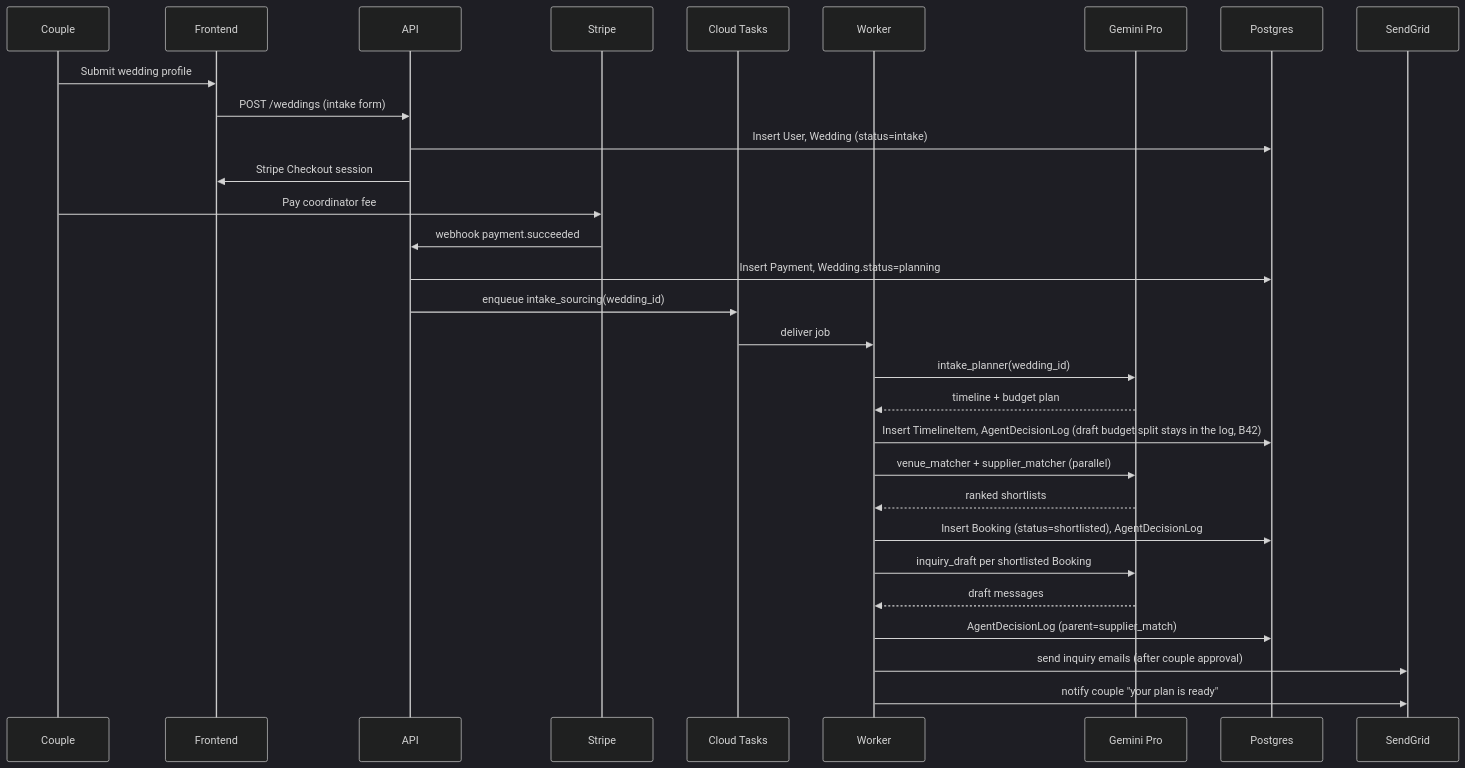
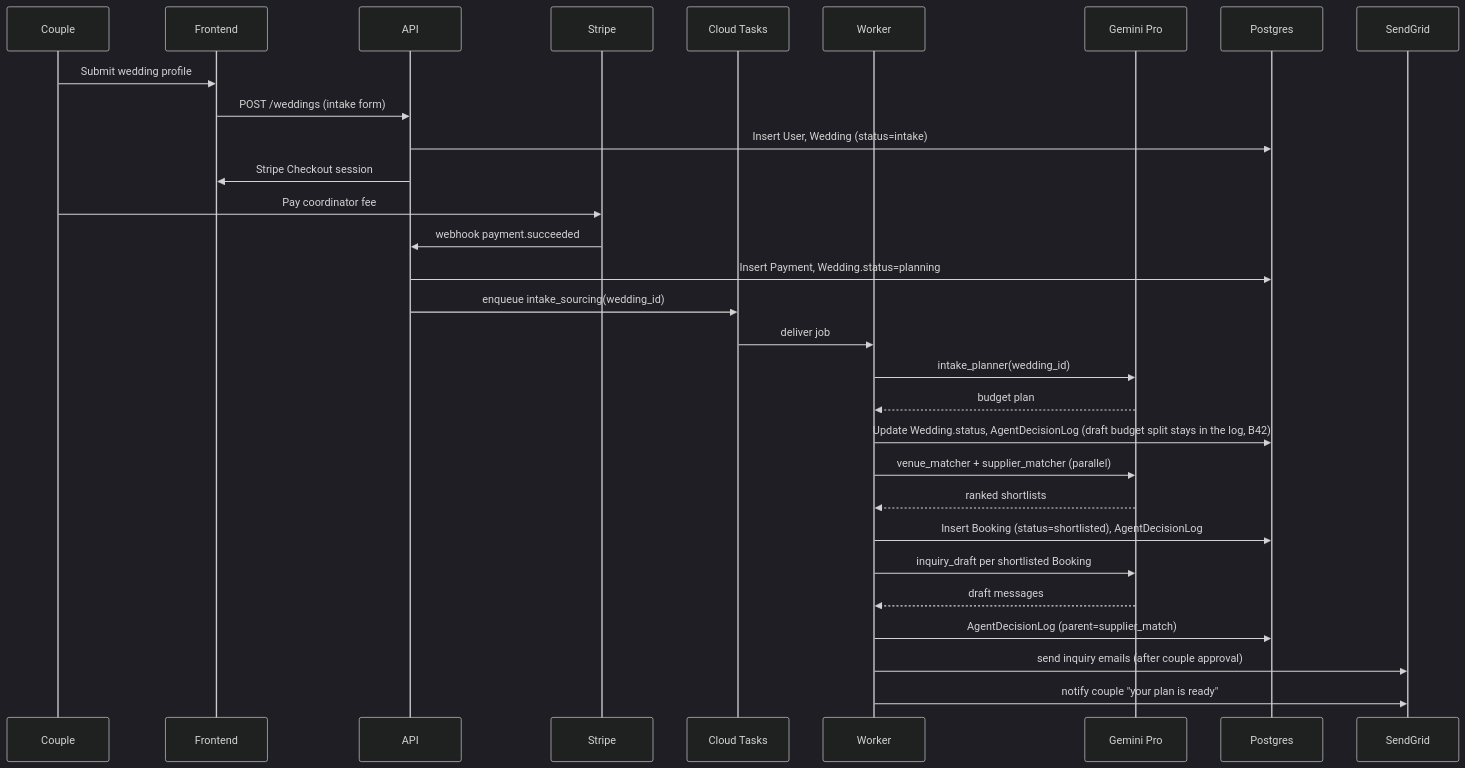
One commit to abbieburton4-ux/AI-Wedding-Coordinator- changed the second of 4 diagrams in docs/architecture.md. Above: the diagram before and after it, drawn with Mermaid (dark theme). The commit also changed other lines of this file and 27 other files, not shown here.

````diff
--- a/docs/architecture.md
+++ b/docs/architecture.md
@@ -162,33 +162,33 @@
 ```mermaid
 sequenceDiagram
   participant C as Couple
   participant FE as Frontend
   participant API
   participant Stripe
   participant Q as Cloud Tasks
   participant W as Worker
   participant Gem as Gemini Pro
   participant PG as Postgres
   participant SG as SendGrid
 
   C->>FE: Submit wedding profile
   FE->>API: POST /weddings (intake form)
   API->>PG: Insert User, Wedding (status=intake)
   API->>FE: Stripe Checkout session
   C->>Stripe: Pay coordinator fee
   Stripe->>API: webhook payment.succeeded
   API->>PG: Insert Payment, Wedding.status=planning
   API->>Q: enqueue intake_sourcing(wedding_id)
   Q->>W: deliver job
   W->>Gem: intake_planner(wedding_id)
-  Gem-->>W: timeline + budget plan
-  W->>PG: Insert TimelineItem, AgentDecisionLog (draft budget split stays in the log, B42)
+  Gem-->>W: budget plan
+  W->>PG: Update Wedding.status, AgentDecisionLog (draft budget split stays in the log, B42)
   W->>Gem: venue_matcher + supplier_matcher (parallel)
   Gem-->>W: ranked shortlists
   W->>PG: Insert Booking (status=shortlisted), AgentDecisionLog
   W->>Gem: inquiry_draft per shortlisted Booking
   Gem-->>W: draft messages
   W->>PG: AgentDecisionLog (parent=supplier_match)
   W->>SG: send inquiry emails (after couple approval)
   W->>SG: notify couple "your plan is ready"
 ```
````
